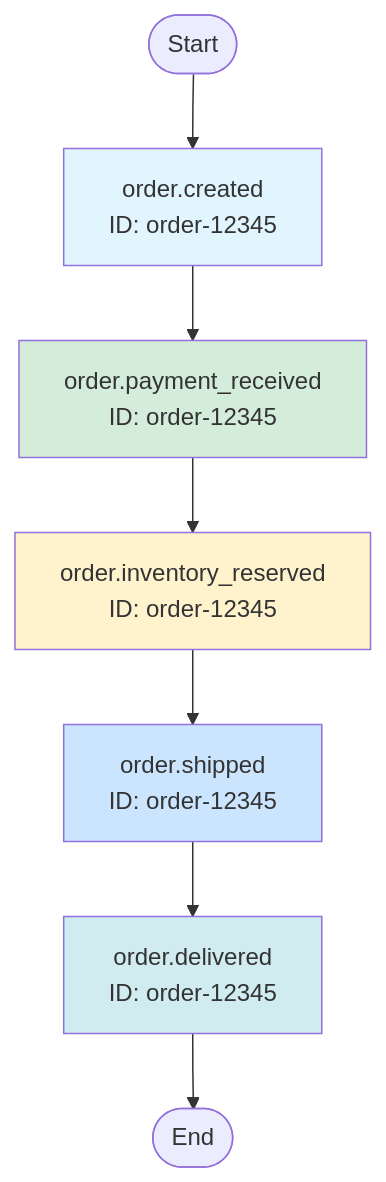
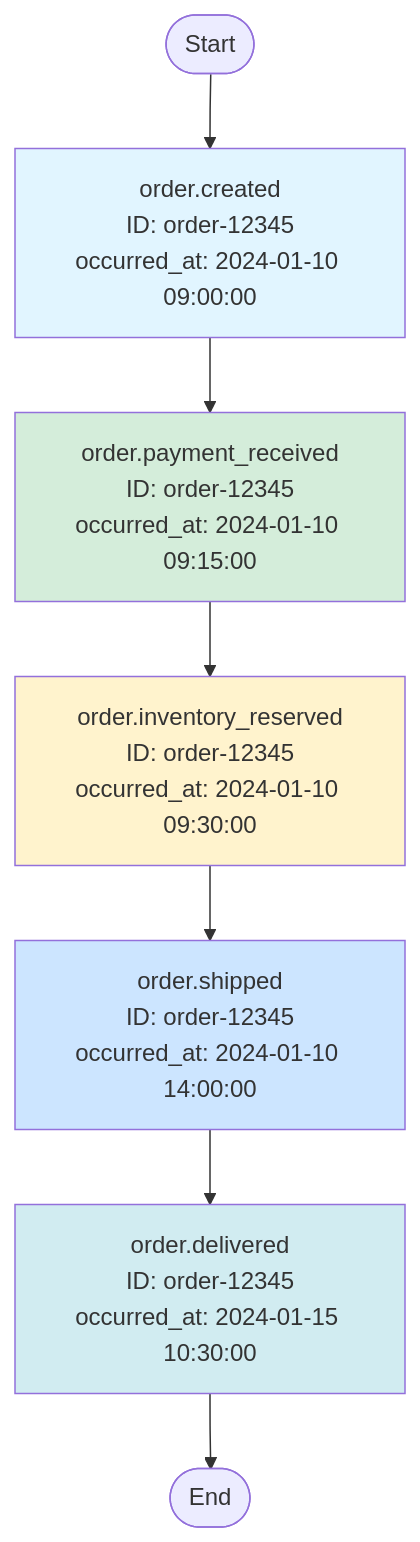
The diagram in README.md (muppy-life/eventual), drawn with Mermaid before and after one commit. The commit also changed 3 other files, not shown here.

First line of the commit message:
Display ordering value in flowchart nodes and use occurred_at in docs examples

````diff
--- a/README.md
+++ b/README.md
@@ -122,24 +122,24 @@
 ```mermaid
 flowchart TD
-    %% Events ordered by: sequence_number
+    %% Events ordered by: occurred_at
     Start([Start])
-    E0[order.created<br/>ID: order-12345]
-    E1[order.payment_received<br/>ID: order-12345]
-    E2[order.inventory_reserved<br/>ID: order-12345]
-    E3[order.shipped<br/>ID: order-12345]
-    E4[order.delivered<br/>ID: order-12345]
+    E0[order.created<br/>ID: order-12345<br/>occurred_at: 2024-01-10 09:00:00]
+    E1[order.payment_received<br/>ID: order-12345<br/>occurred_at: 2024-01-10 09:15:00]
+    E2[order.inventory_reserved<br/>ID: order-12345<br/>occurred_at: 2024-01-10 09:30:00]
+    E3[order.shipped<br/>ID: order-12345<br/>occurred_at: 2024-01-10 14:00:00]
+    E4[order.delivered<br/>ID: order-12345<br/>occurred_at: 2024-01-15 10:30:00]
     End([End])
 
     Start --> E0
     E0 --> E1
     E1 --> E2
     E2 --> E3
     E3 --> E4
     E4 --> End
 
     style E0 fill:#e1f5ff
     style E1 fill:#d4edda
     style E2 fill:#fff3cd
     style E3 fill:#cce5ff
     style E4 fill:#d1ecf1
 ```
````
